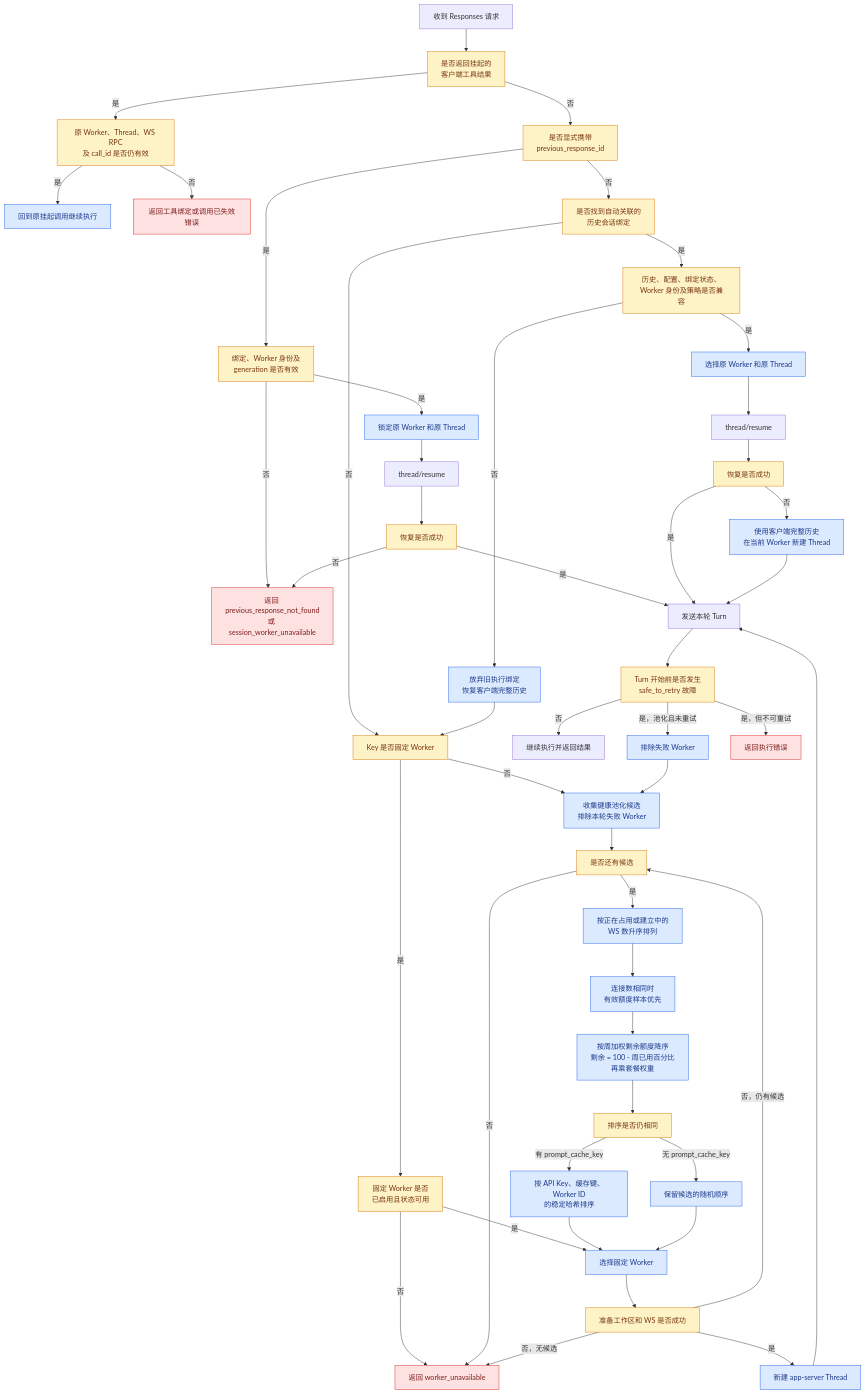
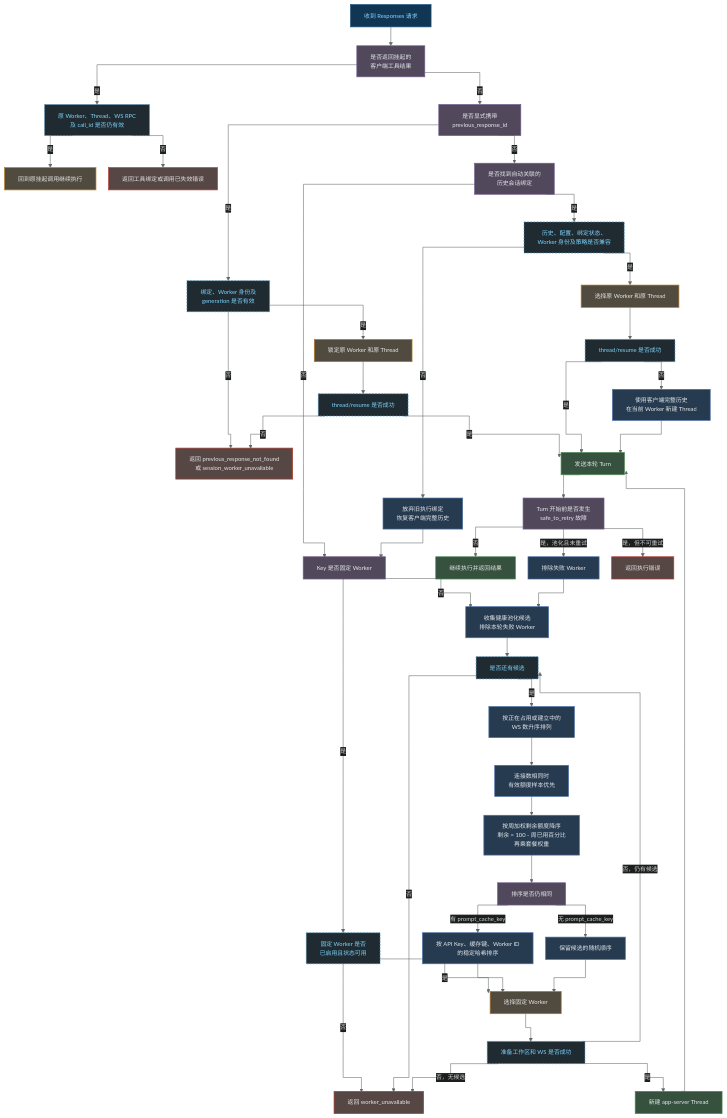
The diagram in docs/路由逻辑.md (ytlzq0228/codex-app-server), drawn with Mermaid before and after one commit. The commit also changed other lines of this file, not shown here.

Commit message:
docs: restore detailed routing diagram style

````diff
--- a/docs/路由逻辑.md
+++ b/docs/路由逻辑.md
@@ -7,64 +7,72 @@
 ```mermaid
+%%{init: {"theme":"base","flowchart":{"curve":"stepAfter","nodeSpacing":28,"rankSpacing":42,"htmlLabels":true},"themeVariables":{"background":"#1d1f1d","primaryTextColor":"#d1d5db","lineColor":"#6b7280","edgeLabelBackground":"#1d1f1d","fontFamily":"Arial, sans-serif","fontSize":"13px"},"themeCSS":".node rect { rx: 8px; ry: 8px; } .edgeLabel p { background-color: #1d1f1d; color: #8fd3ff; border: 1px solid #4b95c4; border-radius: 10px; padding: 1px 5px; }"}}%%
 flowchart TD
     A[收到 Responses 请求] --> B[是否返回挂起的<br/>客户端工具结果]
 
     B -- 是 --> B1[原 Worker、Thread、WS RPC<br/>及 call_id 是否仍有效]
     B1 -- 是 --> B2[回到原挂起调用继续执行]
     B1 -- 否 --> E1[返回工具绑定或调用已失效错误]
 
     B -- 否 --> C[是否显式携带<br/>previous_response_id]
     C -- 是 --> C1[绑定、Worker 身份及<br/>generation 是否有效]
     C1 -- 否 --> E2[返回 previous_response_not_found<br/>或 session_worker_unavailable]
     C1 -- 是 --> C2[锁定原 Worker 和原 Thread]
-    C2 --> T1[thread/resume]
-    T1 --> T2[恢复是否成功]
+    C2 --> T2[thread/resume 是否成功]
     T2 -- 是 --> X[发送本轮 Turn]
     T2 -- 否 --> E2
 
     C -- 否 --> D[是否找到自动关联的<br/>历史会话绑定]
     D -- 是 --> D1[历史、配置、绑定状态、<br/>Worker 身份及策略是否兼容]
     D1 -- 是 --> D2[选择原 Worker 和原 Thread]
-    D2 --> T3[thread/resume]
-    T3 --> T4[恢复是否成功]
+    D2 --> T4[thread/resume 是否成功]
     T4 -- 是 --> X
     T4 -- 否 --> D3[使用客户端完整历史<br/>在当前 Worker 新建 Thread]
     D3 --> X
     D1 -- 否 --> D4[放弃旧执行绑定<br/>恢复客户端完整历史]
 
     D -- 否 --> F[Key 是否固定 Worker]
     D4 --> F
     F -- 是 --> F1[固定 Worker 是否<br/>已启用且状态可用]
     F1 -- 否 --> E3[返回 worker_unavailable]
     F1 -- 是 --> W[选择固定 Worker]
 
     F -- 否 --> G[收集健康池化候选<br/>排除本轮失败 Worker]
     G --> G1[是否还有候选]
     G1 -- 否 --> E3
     G1 -- 是 --> G2[按正在占用或建立中的<br/>WS 数升序排列]
     G2 --> G3[连接数相同时<br/>有效额度样本优先]
     G3 --> G4[按周加权剩余额度降序<br/>剩余 = 100 - 周已用百分比<br/>再乘套餐权重]
     G4 --> G5[排序是否仍相同]
     G5 -- 有 prompt_cache_key --> G6[按 API Key、缓存键、Worker ID<br/>的稳定哈希排序]
     G5 -- 无 prompt_cache_key --> G7[保留候选的随机顺序]
     G6 --> W
     G7 --> W
 
     W --> H[准备工作区和 WS 是否成功]
     H -- 否，仍有候选 --> G1
     H -- 否，无候选 --> E3
     H -- 是 --> I[新建 app-server Thread]
     I --> X
 
     X --> Y[Turn 开始前是否发生<br/>safe_to_retry 故障]
     Y -- 否 --> Z[继续执行并返回结果]
     Y -- 是，池化且未重试 --> Y1[排除失败 Worker]
     Y1 --> G
     Y -- 是，但不可重试 --> E4[返回执行错误]
 
-    classDef error fill:#fee2e2,stroke:#dc2626,color:#7f1d1d;
-    classDef decision fill:#fef3c7,stroke:#d97706,color:#78350f;
-    classDef route fill:#dbeafe,stroke:#2563eb,color:#1e3a8a;
+    classDef start fill:#103653,stroke:#174f78,color:#8fd3ff,stroke-width:1.5px;
+    classDef decision fill:#51495b,stroke:#735c8f,color:#e5e7eb,stroke-width:1.5px;
+    classDef validation fill:#202b31,stroke:#4b95c4,color:#7dd3fc,stroke-width:1.5px,stroke-dasharray:4 3;
+    classDef binding fill:#514b3f,stroke:#b7791f,color:#e5e7eb,stroke-width:1.5px;
+    classDef route fill:#263b50,stroke:#4a6fa5,color:#e5e7eb,stroke-width:1.5px;
+    classDef execution fill:#36513d,stroke:#4f8a5b,color:#e5e7eb,stroke-width:1.5px;
+    classDef error fill:#564744,stroke:#b63c2f,color:#e5e7eb,stroke-width:1.5px;
+    class A start;
+    class B1,C1,T2,D1,T4,F1,G1,H validation;
+    class B,C,D,F,G5,Y decision;
+    class B2,C2,D2,W binding;
+    class D3,D4,G,G2,G3,G4,G6,G7,Y1 route;
+    class I,X,Z execution;
     class E1,E2,E3,E4 error;
-    class B,B1,C,C1,D,D1,F,F1,G1,G5,H,T2,T4,Y decision;
-    class B2,C2,D2,D3,D4,G,G2,G3,G4,G6,G7,W,I,Y1 route;
+    linkStyle default stroke:#626866,stroke-width:1.2px;
 ```
````
